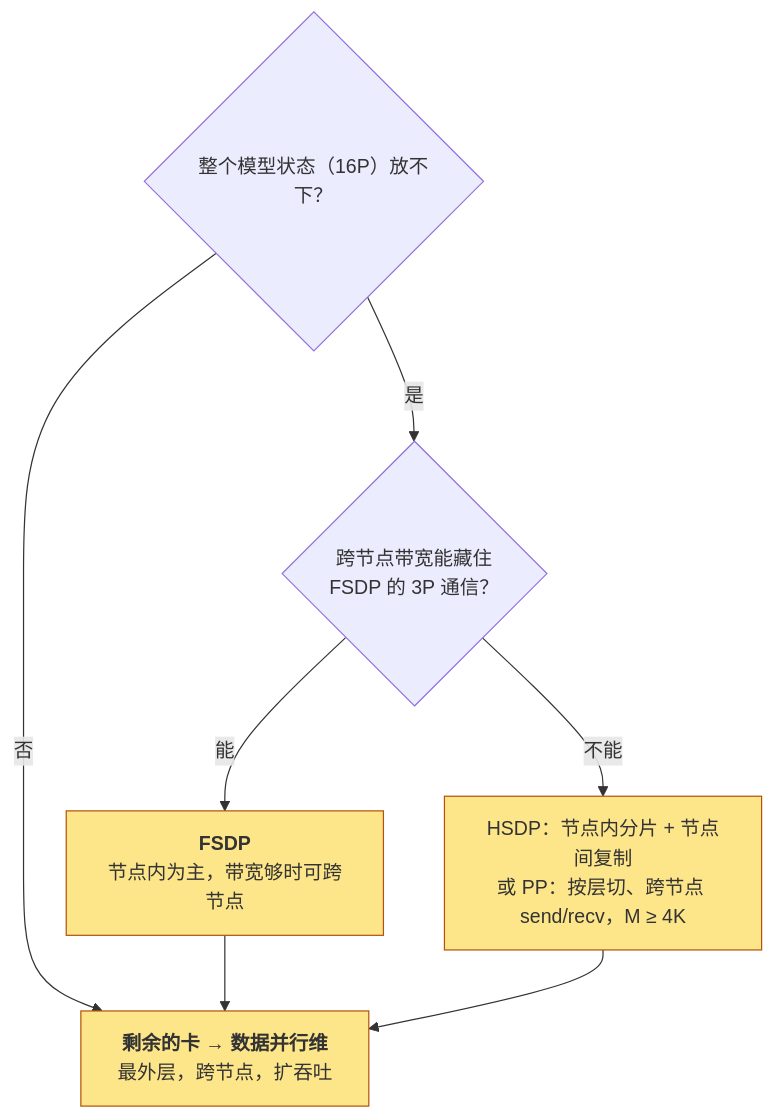
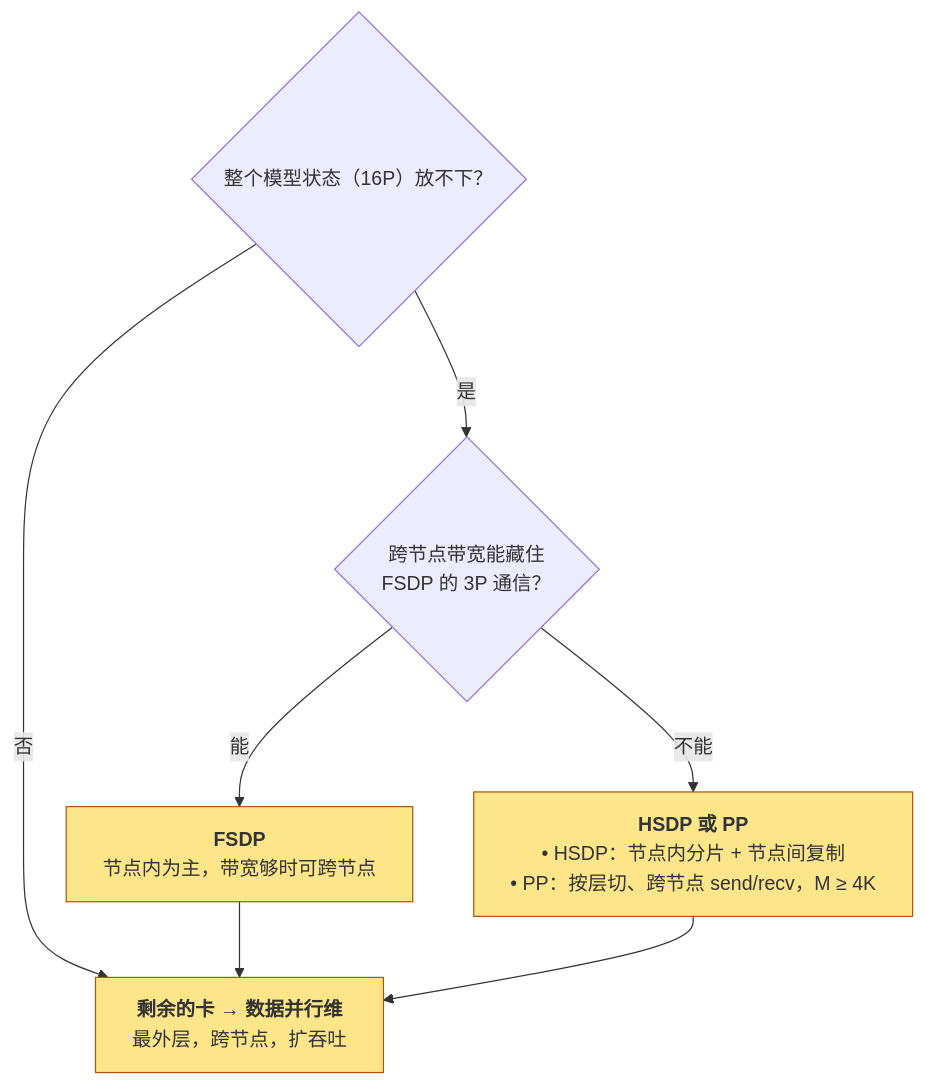
The sixth of 7 diagrams in _posts/2026-02-25-pytorch-distributed-training.md (arganzheng/arganzheng.github.com), drawn with Mermaid before and after one commit. The commit also changed other lines of this file and 2 other files, not shown here.

````diff
--- a/_posts/2026-02-25-pytorch-distributed-training.md
+++ b/_posts/2026-02-25-pytorch-distributed-training.md
@@ -1182,17 +1262,18 @@
 ```mermaid
+%%{init: {"flowchart": {"wrappingWidth": 480}}}%%
 %% 图：并行策略决策顺序（后三步）：模型状态放不下则 FSDP 或 HSDP / PP，剩余的卡给数据并行
 flowchart TB
     Q4{"整个模型状态（16P）放不下？"}
     Q5{"跨节点带宽能藏住<br/>FSDP 的 3P 通信？"}
     FSDP["<b>FSDP</b><br/>节点内为主，带宽够时可跨节点"]
-    HSDP["HSDP：节点内分片 + 节点间复制<br/>或 PP：按层切、跨节点 send/recv，M ≥ 4K"]
+    HSDP["<b>HSDP 或 PP</b><br/>• HSDP：节点内分片 + 节点间复制<br/>• PP：按层切、跨节点 send/recv，M ≥ 4K"]
     DP["<b>剩余的卡 → 数据并行维</b><br/>最外层，跨节点，扩吞吐"]
     Q4 -- "是" --> Q5
     Q4 -- "否" --> DP
     Q5 -- "能" --> FSDP
     Q5 -- "不能" --> HSDP
     FSDP --> DP
     HSDP --> DP
     classDef inter fill:#fde68a,stroke:#b45309;
     class FSDP,HSDP,DP inter;
 ```
````
